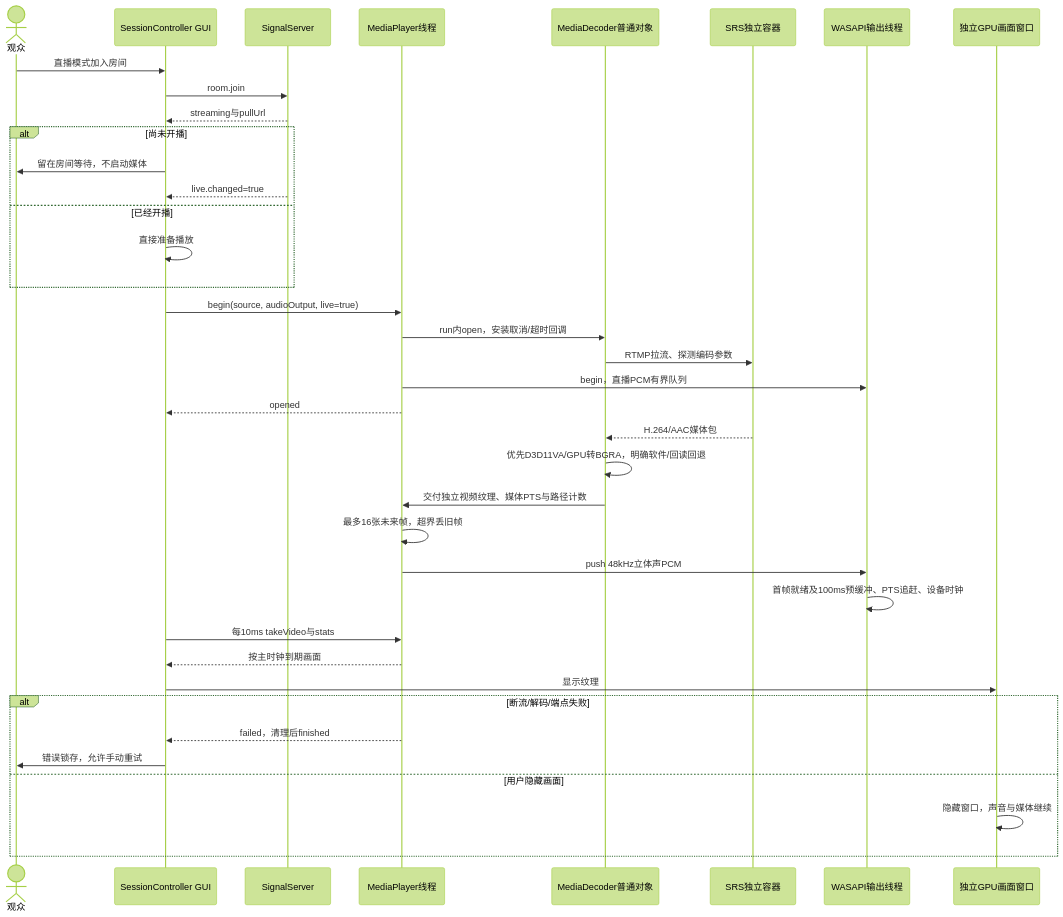
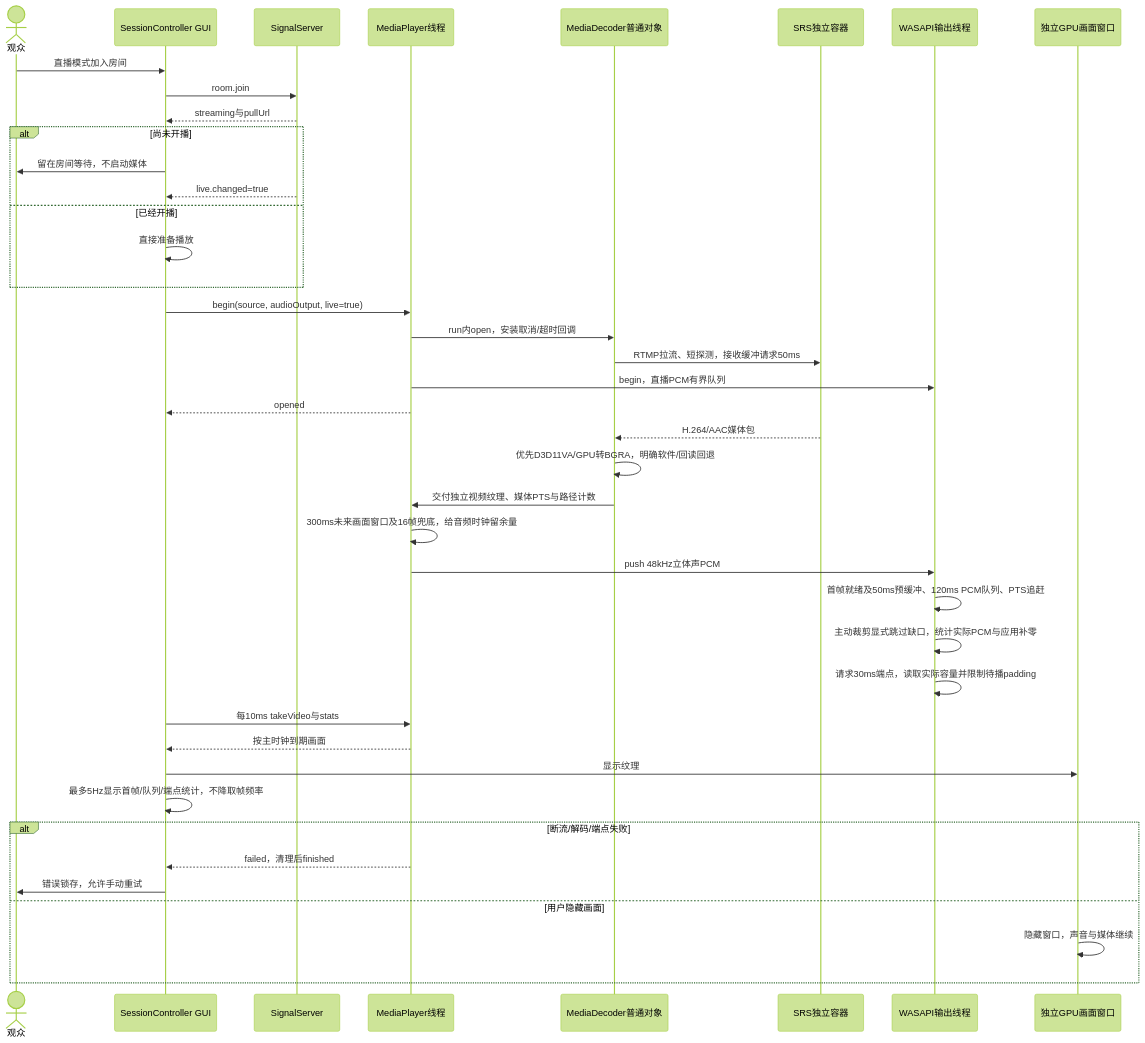
One commit to kingsman-svg/OBS changed the diagram in docs/uml/live-play.mmd. Above: the diagram before and after it, drawn with Mermaid (forest theme). The commit also changed 30 other files, not shown here.

```diff
--- a/docs/uml/live-play.mmd
+++ b/docs/uml/live-play.mmd
@@ -1,38 +1,41 @@
 sequenceDiagram
 actor U as 观众
 participant C as SessionController GUI
 participant S as SignalServer
 participant P as MediaPlayer线程
 participant D as MediaDecoder普通对象
 participant R as SRS独立容器
 participant A as WASAPI输出线程
 participant V as 独立GPU画面窗口
 U->>C: 直播模式加入房间
 C->>S: room.join
 S-->>C: streaming与pullUrl
 alt 尚未开播
 C->>U: 留在房间等待，不启动媒体
 S-->>C: live.changed=true
 else 已经开播
 C->>C: 直接准备播放
 end
 C->>P: begin(source, audioOutput, live=true)
 P->>D: run内open，安装取消/超时回调
-D->>R: RTMP拉流、探测编码参数
+D->>R: RTMP拉流、短探测，接收缓冲请求50ms
 P->>A: begin，直播PCM有界队列
 P-->>C: opened
 R-->>D: H.264/AAC媒体包
 D->>D: 优先D3D11VA/GPU转BGRA，明确软件/回读回退
 D->>P: 交付独立视频纹理、媒体PTS与路径计数
-P->>P: 最多16张未来帧，超界丢旧帧
+P->>P: 300ms未来画面窗口及16帧兜底，给音频时钟留余量
 P->>A: push 48kHz立体声PCM
-A->>A: 首帧就绪及100ms预缓冲、PTS追赶、设备时钟
+A->>A: 首帧就绪及50ms预缓冲、120ms PCM队列、PTS追赶
+A->>A: 主动裁剪显式跳过缺口，统计实际PCM与应用补零
+A->>A: 请求30ms端点，读取实际容量并限制待播padding
 C->>P: 每10ms takeVideo与stats
 P-->>C: 按主时钟到期画面
 C->>V: 显示纹理
+C->>C: 最多5Hz显示首帧/队列/端点统计，不降取帧频率
 alt 断流/解码/端点失败
 P-->>C: failed，清理后finished
 C->>U: 错误锁存，允许手动重试
 else 用户隐藏画面
 V->>V: 隐藏窗口，声音与媒体继续
 end
```
